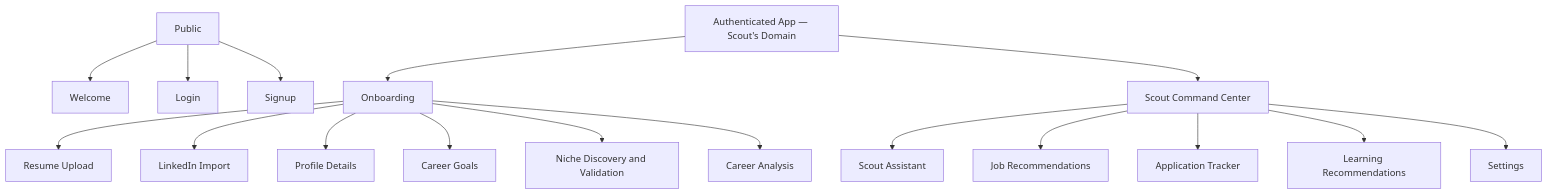
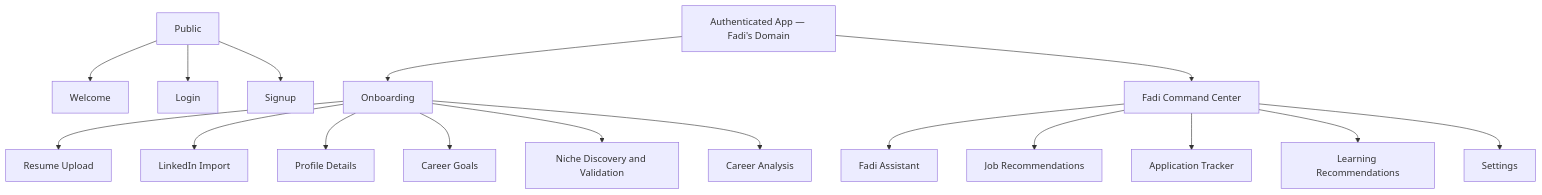
Before and after one commit to Mirzzie/Fadi: the diagram in docs/MVP_UI_SITEMAP.md, drawn with Mermaid. The commit also changed other lines of this file and 158 other files, not shown here.

First line of the commit message:
refactor!: rename agent Scout→Fadi and brand CareerOS→FadiOS

````diff
--- a/docs/MVP_UI_SITEMAP.md
+++ b/docs/MVP_UI_SITEMAP.md
@@ -9,23 +9,23 @@
 ```mermaid
 flowchart TD
     Public[Public]
     Public --> Welcome[Welcome]
     Public --> Login[Login]
     Public --> Signup[Signup]
 
-    App[Authenticated App — Scout's Domain]
+    App[Authenticated App — Fadi's Domain]
     App --> Onboarding[Onboarding]
     Onboarding --> Resume[Resume Upload]
     Onboarding --> LinkedIn[LinkedIn Import]
     Onboarding --> Profile[Profile Details]
     Onboarding --> Goals[Career Goals]
     Onboarding --> Niche[Niche Discovery and Validation]
     Onboarding --> Analysis[Career Analysis]
 
-    App --> Dashboard[Scout Command Center]
-    Dashboard --> Assistant[Scout Assistant]
+    App --> Dashboard[Fadi Command Center]
+    Dashboard --> Assistant[Fadi Assistant]
     Dashboard --> Jobs[Job Recommendations]
     Dashboard --> Applications[Application Tracker]
     Dashboard --> Learning[Learning Recommendations]
     Dashboard --> Settings[Settings]
 ```
````
